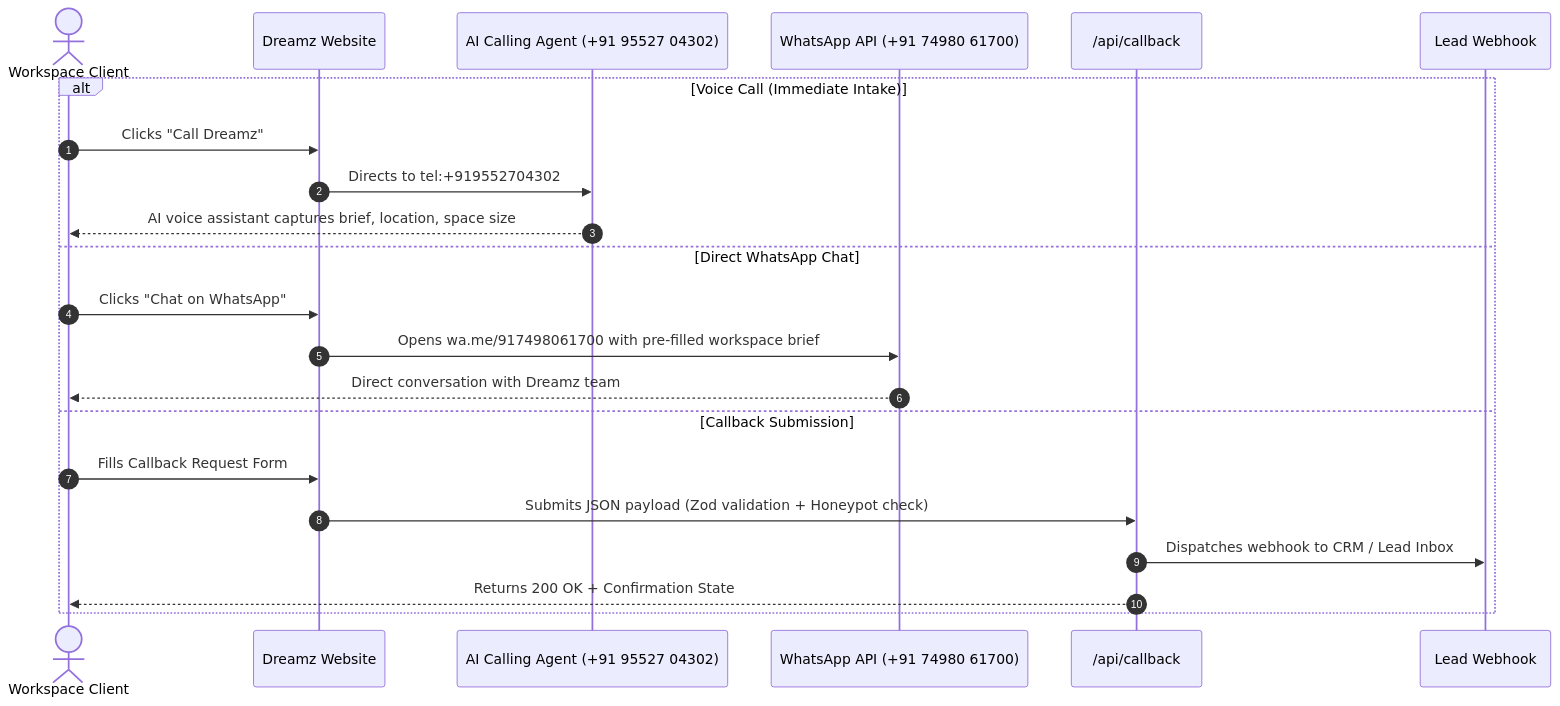
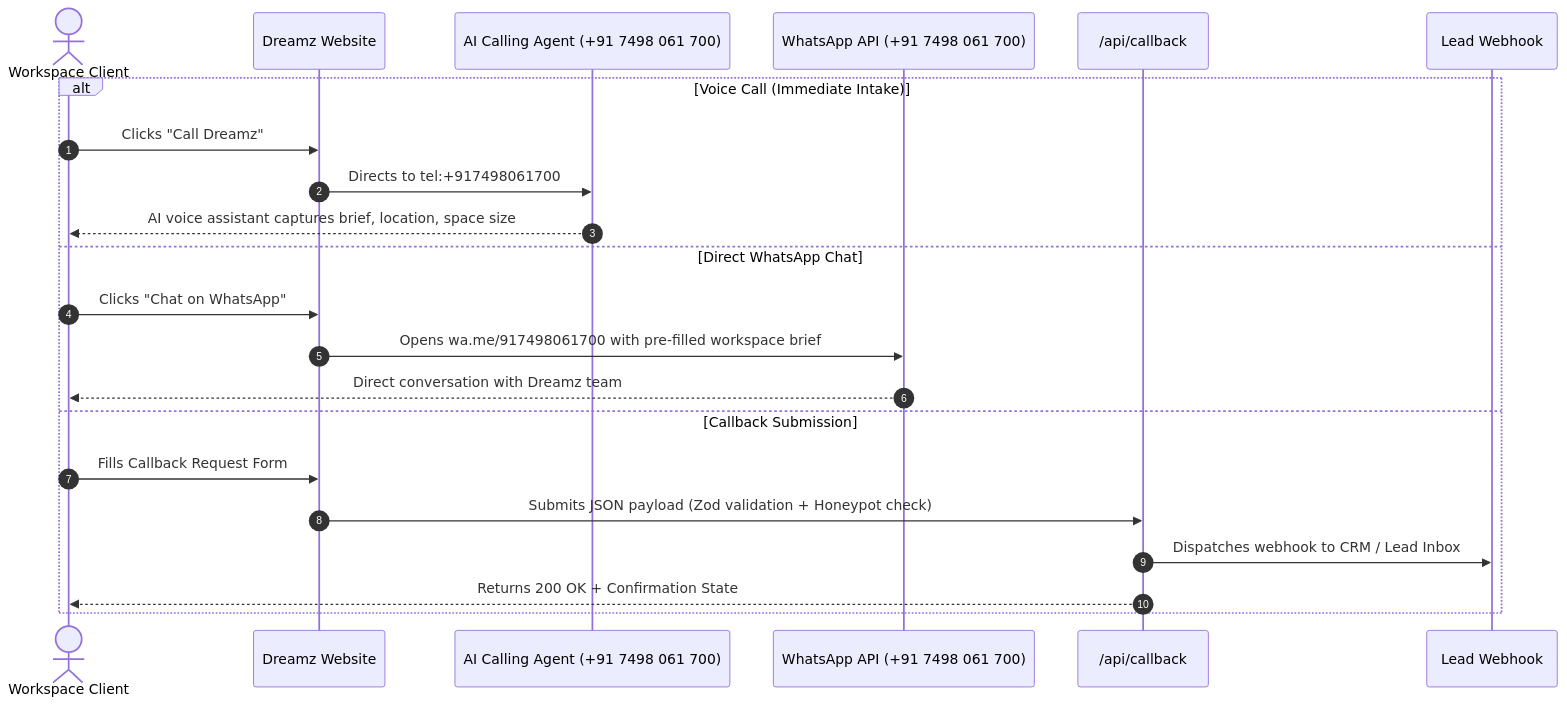
Before and after one commit to dreamzofficeinteriors/Dreamz-Interiors: the second of 3 diagrams in report.md, drawn with Mermaid. The commit also changed other lines of this file and 2 other files, not shown here.

Commit message:
Update phone number to +91 7498 061 700

````diff
--- a/report.md
+++ b/report.md
@@ -157,25 +157,25 @@
 ```mermaid
 sequenceDiagram
     autonumber
     actor Visitor as Workspace Client
     participant Web as Dreamz Website
-    participant AI as AI Calling Agent (+91 95527 04302)
-    participant WA as WhatsApp API (+91 74980 61700)
+    participant AI as AI Calling Agent (+91 7498 061 700)
+    participant WA as WhatsApp API (+91 7498 061 700)
     participant API as /api/callback
     participant CRM as Lead Webhook
 
     alt Voice Call (Immediate Intake)
         Visitor->>Web: Clicks "Call Dreamz"
-        Web->>AI: Directs to tel:+919552704302
+        Web->>AI: Directs to tel:+917498061700
         AI-->>Visitor: AI voice assistant captures brief, location, space size
     else Direct WhatsApp Chat
         Visitor->>Web: Clicks "Chat on WhatsApp"
         Web->>WA: Opens wa.me/917498061700 with pre-filled workspace brief
         WA-->>Visitor: Direct conversation with Dreamz team
     else Callback Submission
         Visitor->>Web: Fills Callback Request Form
         Web->>API: Submits JSON payload (Zod validation + Honeypot check)
         API->>CRM: Dispatches webhook to CRM / Lead Inbox
         API-->>Visitor: Returns 200 OK + Confirmation State
     end
 ```
````
